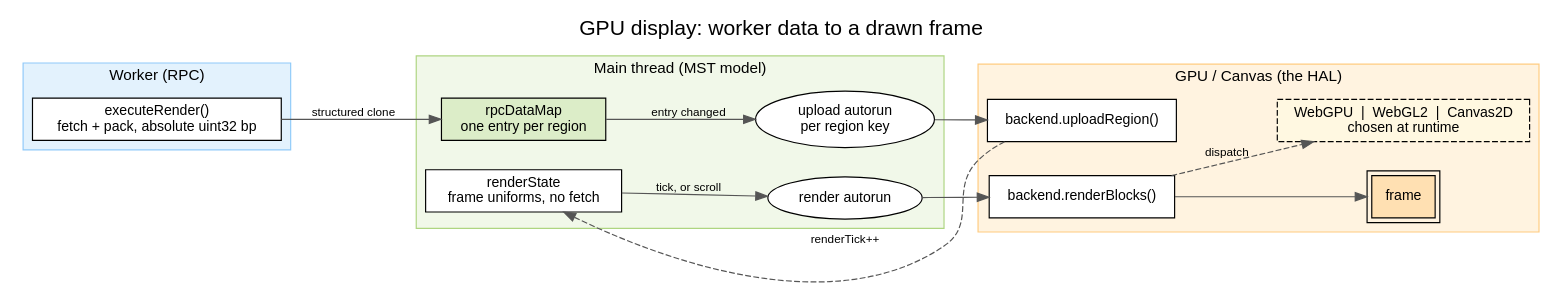
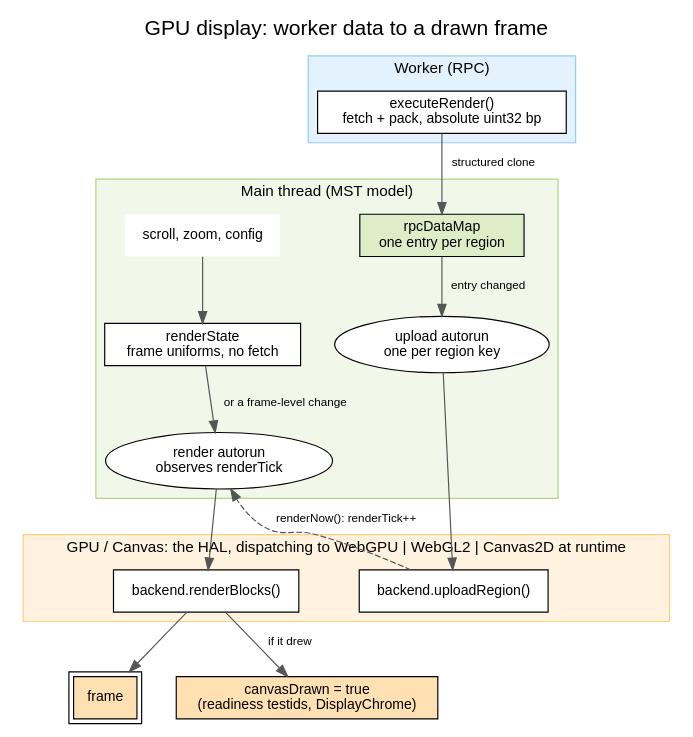
Before and after one commit to GMOD/jbrowse-components: the diagram in website/diagrams/gpu_display_lifecycle.dot, drawn with Graphviz. The commit also changed 4 other files, not shown here.

First line of the commit message:
docs(diagrams): stack the GPU lifecycle top to bottom, and say what the figures show

```diff
--- a/website/diagrams/gpu_display_lifecycle.dot
+++ b/website/diagrams/gpu_display_lifecycle.dot
@@ -1,68 +1,107 @@
 digraph gpu_display_lifecycle {
-  rankdir=LR
+  rankdir=TB
   labelloc=t
   fontname="Helvetica"
   fontsize=18
   label="GPU display: worker data to a drawn frame"
-  nodesep=0.35
-  ranksep=0.6
+  compound=true
+  nodesep=0.4
+  ranksep=0.55
 
   node [shape=box, fontname="Helvetica", fontsize=12, style=filled, fillcolor="#ffffff"]
   edge [fontname="Helvetica", fontsize=10, color="#555555"]
+
+  // TOP TO BOTTOM rather than left to right. As three side-by-side lanes this
+  // came out about 7:1, which on a docs page is a strip with unreadable text,
+  // and the renderTick edge, the loop the caption says the figure is OF, had
+  // to run the whole width back under everything with its label parked in the
+  // middle of the frame, attached to neither end. Stacked, each lane is a band
+  // and that edge is one rank tall.
 
   // ── Worker ───────────────────────────────────────────────────────
   subgraph cluster_worker {
     label="Worker (RPC)"
     labelloc=t
     fontname="Helvetica"
     fontsize=13
     style=filled
     fillcolor="#e3f2fd"
     color="#90caf9"
 
     exec [label="executeRender()\nfetch + pack, absolute uint32 bp"]
   }
 
   // ── Main thread ──────────────────────────────────────────────────
   subgraph cluster_main {
     label="Main thread (MST model)"
     labelloc=t
     fontname="Helvetica"
     fontsize=13
     style=filled
     fillcolor="#f1f8e9"
     color="#aed581"
 
     rpcdata [label="rpcDataMap\none entry per region", fillcolor="#dcedc8"]
+    uploadrun [label="upload autorun\none per region key", shape=ellipse]
+    // Scroll and zoom are why renderState exists. Without them it reads as a
+    // node nothing feeds, and the render autorun looks like it has one trigger
+    // when the whole point of the pair is that it has two. Inside this lane
+    // because they are main-thread view state; outside it, the edge crossed
+    // the cluster's own label on the way in.
+    viewstate [label="scroll, zoom, config", shape=plaintext, fillcolor="#ffffff"]
     renderstate [label="renderState\nframe uniforms, no fetch"]
-    uploadrun [label="upload autorun\nper region key", shape=ellipse]
-    renderrun [label="render autorun", shape=ellipse]
+    renderrun [label="render autorun\nobserves renderTick", shape=ellipse]
   }
 
   // ── GPU / Canvas ─────────────────────────────────────────────────
   subgraph cluster_gpu {
-    label="GPU / Canvas (the HAL)"
+    // The runtime choice belongs in the lane's own name. As a separate dashed
+    // node with a "dispatch" edge it took the rank directly under
+    // renderBlocks(), which pushed both outputs two ranks further down and
+    // made their edges cross the lane on the way there, and it drew the HAL
+    // as something the renderer calls out to, when the HAL is the lane.
+    label="GPU / Canvas: the HAL, dispatching to WebGPU | WebGL2 | Canvas2D at runtime"
     labelloc=t
     fontname="Helvetica"
     fontsize=13
     style=filled
     fillcolor="#fff3e0"
     color="#ffcc80"
 
     upload [label="backend.uploadRegion()"]
     render [label="backend.renderBlocks()"]
-    frame [label="frame", fillcolor="#ffe0b2", peripheries=2]
-    hal [label="WebGPU  |  WebGL2  |  Canvas2D\nchosen at runtime", shape=box, style="filled,dashed", fillcolor="#fff8e1"]
   }
 
-  exec -> rpcdata [label="structured clone"]
+  // The two things a finished frame produces. `canvasDrawn` was missing
+  // entirely, and it is the half of the answer anything outside the display
+  // reads: markCanvasDrawn() flips it when renderBlocks() reports it drew, and
+  // that flag is what the readiness testids and DisplayChrome's loading state
+  // are waiting on. A figure that ends at "frame" says a picture appeared but
+  // not how the rest of the app finds out.
+  frame [label="frame", fillcolor="#ffe0b2", peripheries=2]
+  drawn [label="canvasDrawn = true\n(readiness testids, DisplayChrome)", fillcolor="#ffe0b2"]
 
-  rpcdata -> uploadrun [label="entry changed"]
+  exec -> rpcdata [label="  structured clone"]
+  rpcdata -> uploadrun [label="  entry changed"]
   uploadrun -> upload
-  upload -> renderstate [label="renderTick++", style=dashed, constraint=false]
 
-  renderstate -> renderrun [label="tick, or scroll"]
+  // renderNow() bumps renderTick on the MODEL and the RENDER AUTORUN is what
+  // observes it (`void self.renderTick`). The old edge landed on renderState
+  // instead, which is not a thing renderNow() touches, and renderState is
+  // read by the render callback, so pointing the tick there implied the upload
+  // path recomputes frame uniforms.
+  upload -> renderrun [
+    label="  renderNow(): renderTick++"
+    style=dashed
+    constraint=false
+  ]
+
+  viewstate -> renderstate
+  renderstate -> renderrun [label="  or a frame-level change"]
   renderrun -> render
   render -> frame
-  render -> hal [style=dashed, label="dispatch"]
+  render -> drawn [label="  if it drew"]
+  // Both outputs on one rank under the lanes, so neither lands inside the GPU
+  // cluster's box and reads as another thing the HAL owns.
+  { rank=same; frame; drawn }
 }
```
